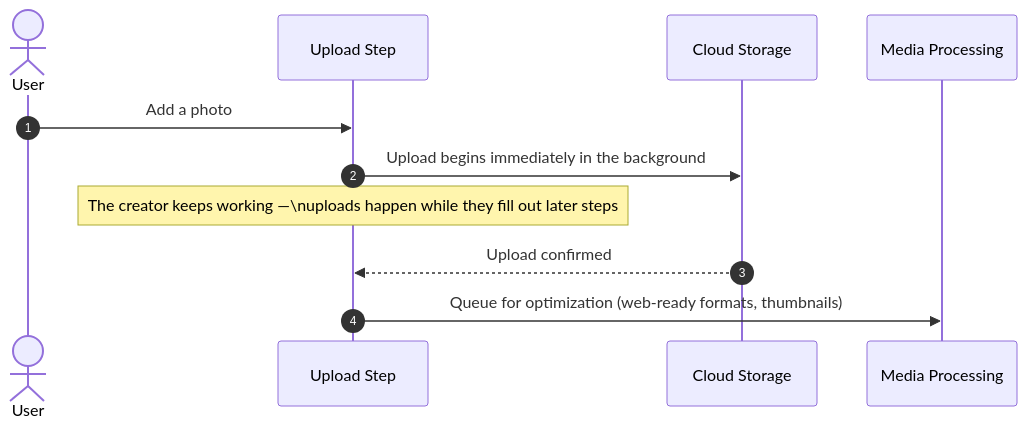
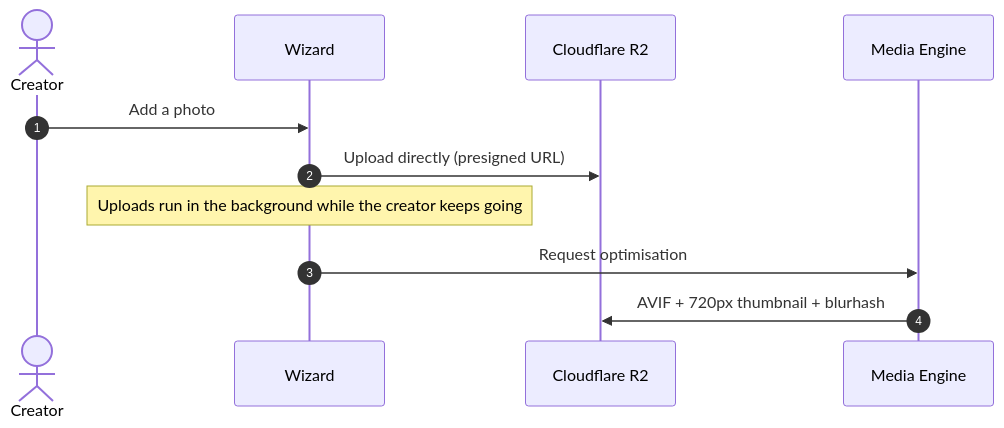
The fourth of 4 diagrams in src/docs/Get-Featured.md (ss-travingat/devportal), drawn with Mermaid before and after one commit. The commit also changed other lines of this file and 7 other files, not shown here.

````diff
--- a/src/docs/Get-Featured.md
+++ b/src/docs/Get-Featured.md
@@ -80,14 +92,14 @@
 ```mermaid
 sequenceDiagram
     autonumber
-    actor User
-    participant Modal as Upload Step
-    participant Storage as Cloud Storage
-    participant Pipeline as Media Processing
+    actor Creator
+    participant App as Wizard
+    participant R2 as Cloudflare R2
+    participant ME as Media Engine
 
-    User->>Modal: Add a photo
-    Modal->>Storage: Upload begins immediately in the background
-    Note over Modal: The creator keeps working —\nuploads happen while they fill out later steps
-    Storage-->>Modal: Upload confirmed
-    Modal->>Pipeline: Queue for optimization (web-ready formats, thumbnails)
+    Creator->>App: Add a photo
+    App->>R2: Upload directly (presigned URL)
+    Note over App: Uploads run in the background while the creator keeps going
+    App->>ME: Request optimisation
+    ME->>R2: AVIF + 720px thumbnail + blurhash
 ```
````
